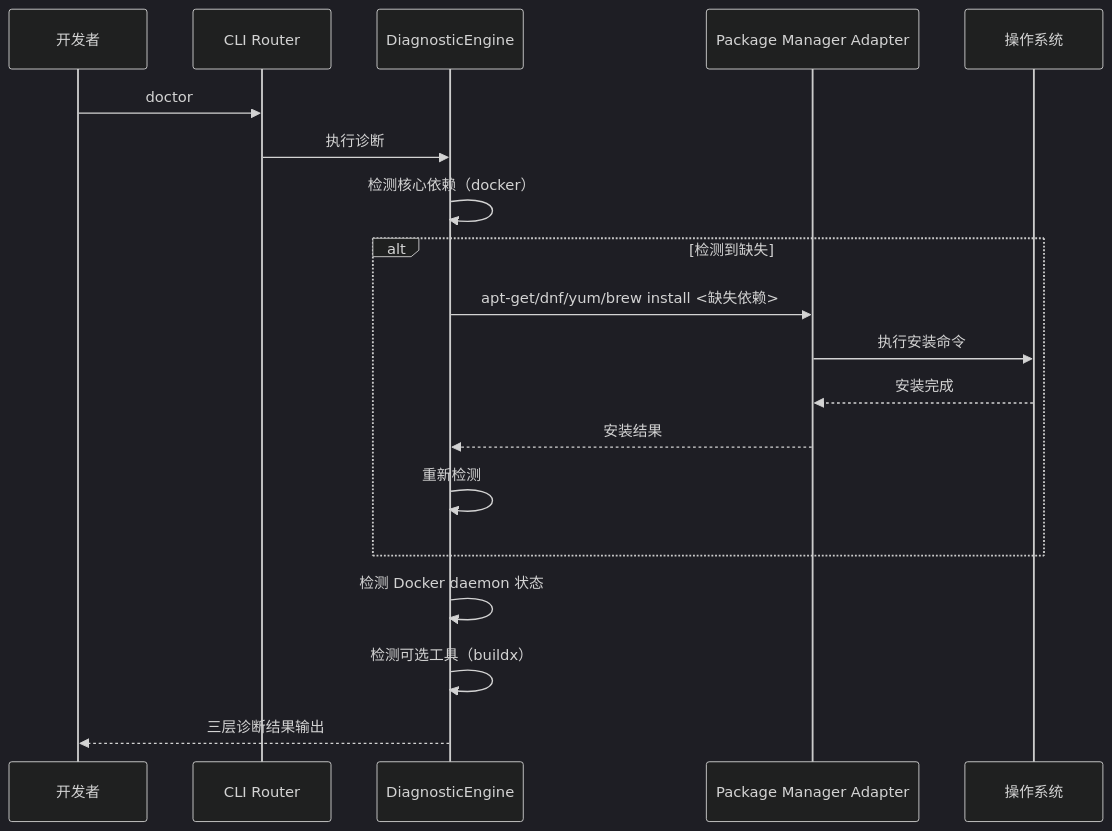
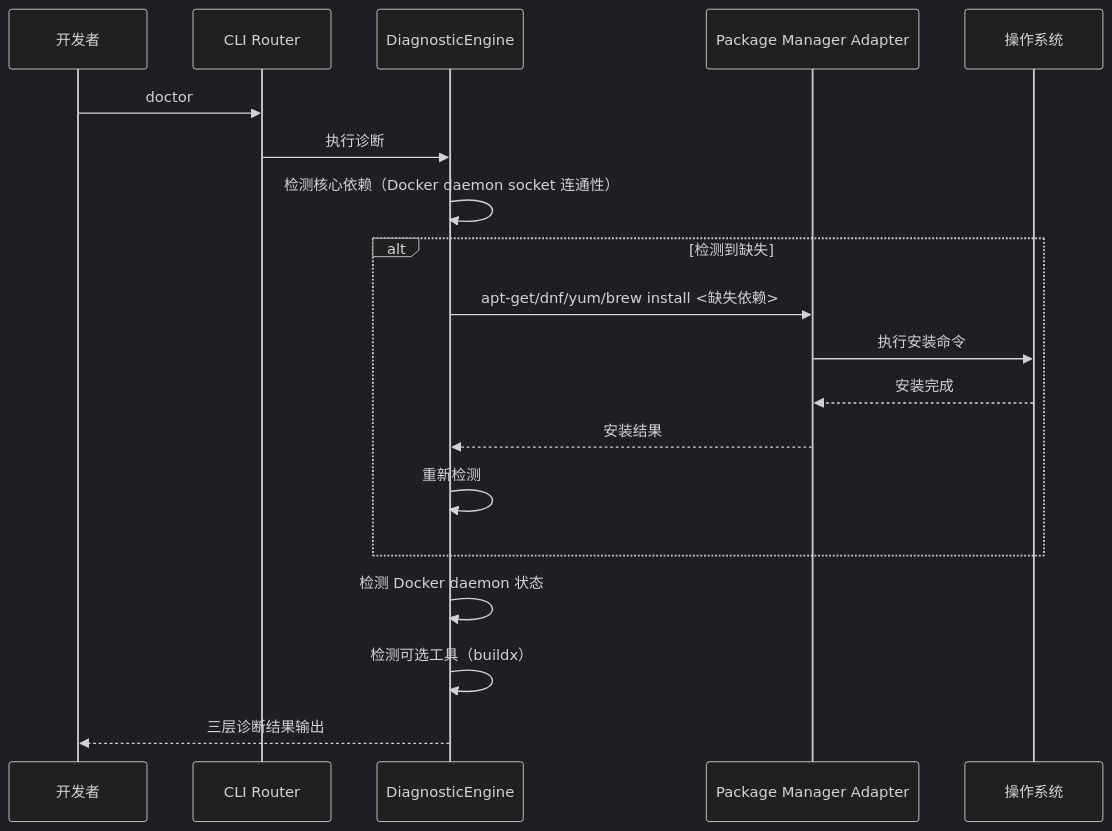
One commit to bianc2018/AgentForge changed diagram 20 of 23 in docs/features/agent-forge/design.md. Above: the diagram before and after it, drawn with Mermaid (dark theme). The commit also changed other lines of this file, not shown here.

First line of the commit message:
refactor: 设计文档 Docker CLI 全面迁移至 Docker SDK

````diff
--- a/docs/features/agent-forge/design.md
+++ b/docs/features/agent-forge/design.md
@@ -1134,22 +1129,22 @@
 ```mermaid
 sequenceDiagram
     participant Dev as 开发者
     participant CLI as CLI Router
     participant DE as DiagnosticEngine
     participant PM as Package Manager Adapter
     participant OS as 操作系统
 
     Dev->>CLI: doctor
     CLI->>DE: 执行诊断
-    DE->>DE: 检测核心依赖（docker）
+    DE->>DE: 检测核心依赖（Docker daemon socket 连通性）
     alt 检测到缺失
         DE->>PM: apt-get/dnf/yum/brew install <缺失依赖>
         PM->>OS: 执行安装命令
         OS-->>PM: 安装完成
         PM-->>DE: 安装结果
         DE->>DE: 重新检测
     end
     DE->>DE: 检测 Docker daemon 状态
     DE->>DE: 检测可选工具（buildx）
     DE-->>Dev: 三层诊断结果输出
 ```
````
